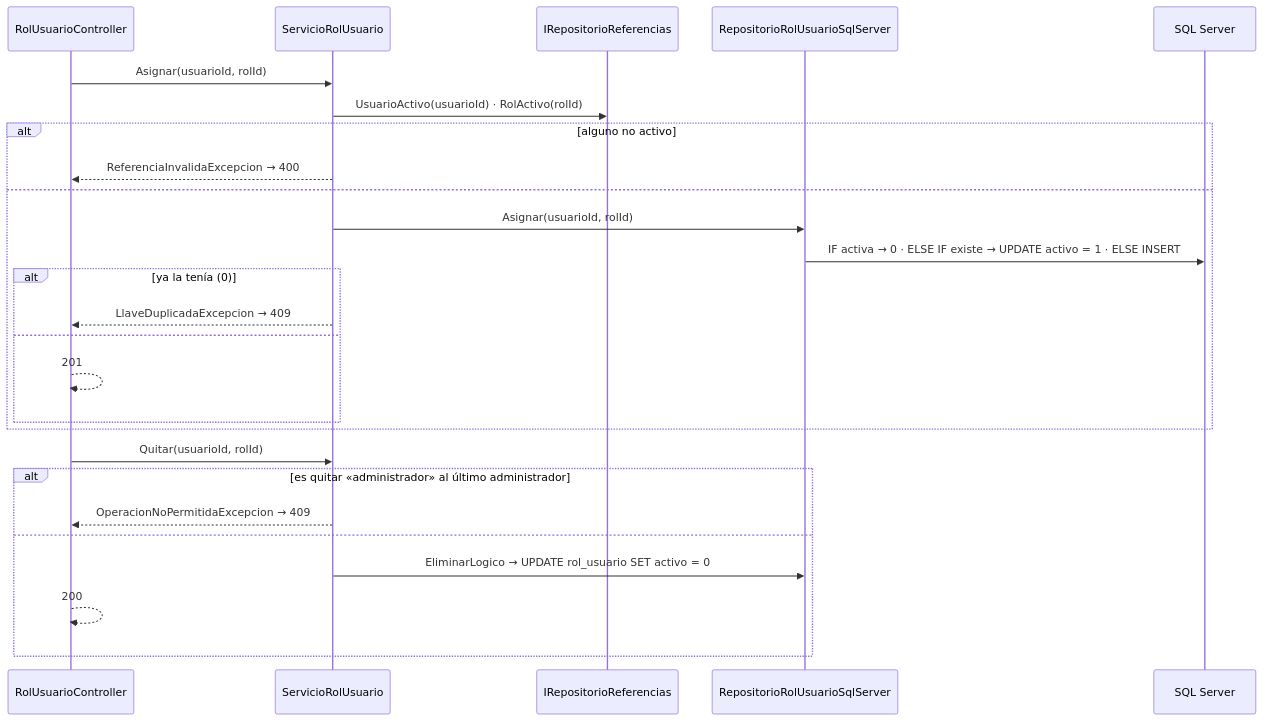
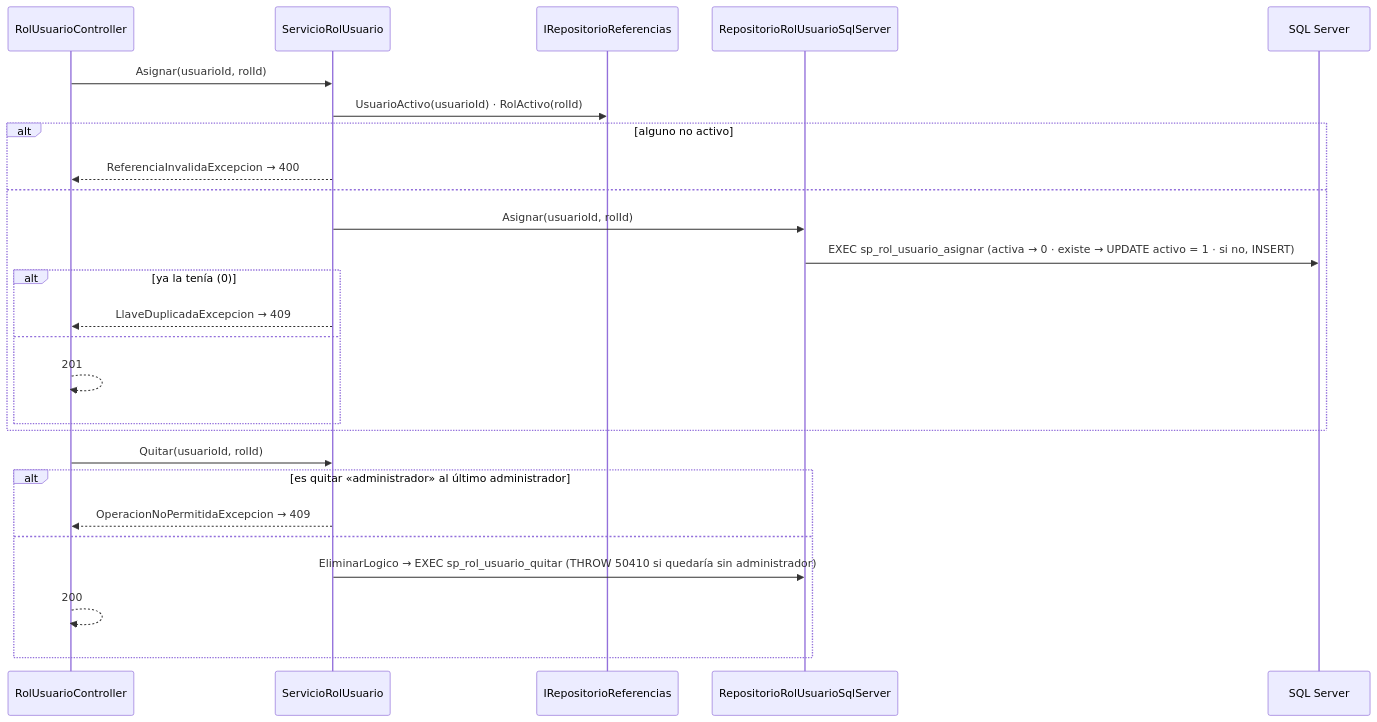
Before and after one commit to MrEpia/innovacioncurricular: diagram 13 of 17 in docs/spec_kit/DIAGRAMAS_DE_SECUENCIA.md, drawn with Mermaid. The commit also changed other lines of this file and 18 other files, not shown here.

````diff
--- a/docs/spec_kit/DIAGRAMAS_DE_SECUENCIA.md
+++ b/docs/spec_kit/DIAGRAMAS_DE_SECUENCIA.md
@@ -386,28 +394,28 @@
 ```mermaid
 sequenceDiagram
     participant C as RolUsuarioController
     participant S as ServicioRolUsuario
     participant RR as IRepositorioReferencias
     participant R as RepositorioRolUsuarioSqlServer
     participant B as SQL Server
     C->>S: Asignar(usuarioId, rolId)
     S->>RR: UsuarioActivo(usuarioId) · RolActivo(rolId)
     alt alguno no activo
         S-->>C: ReferenciaInvalidaExcepcion → 400
     else
         S->>R: Asignar(usuarioId, rolId)
-        R->>B: IF activa → 0 · ELSE IF existe → UPDATE activo = 1 · ELSE INSERT
+        R->>B: EXEC sp_rol_usuario_asignar (activa → 0 · existe → UPDATE activo = 1 · si no, INSERT)
         alt ya la tenía (0)
             S-->>C: LlaveDuplicadaExcepcion → 409
         else
             C-->>C: 201
         end
     end
     C->>S: Quitar(usuarioId, rolId)
     alt es quitar «administrador» al último administrador
         S-->>C: OperacionNoPermitidaExcepcion → 409
     else
-        S->>R: EliminarLogico → UPDATE rol_usuario SET activo = 0
+        S->>R: EliminarLogico → EXEC sp_rol_usuario_quitar (THROW 50410 si quedaría sin administrador)
         C-->>C: 200
     end
 ```
````
